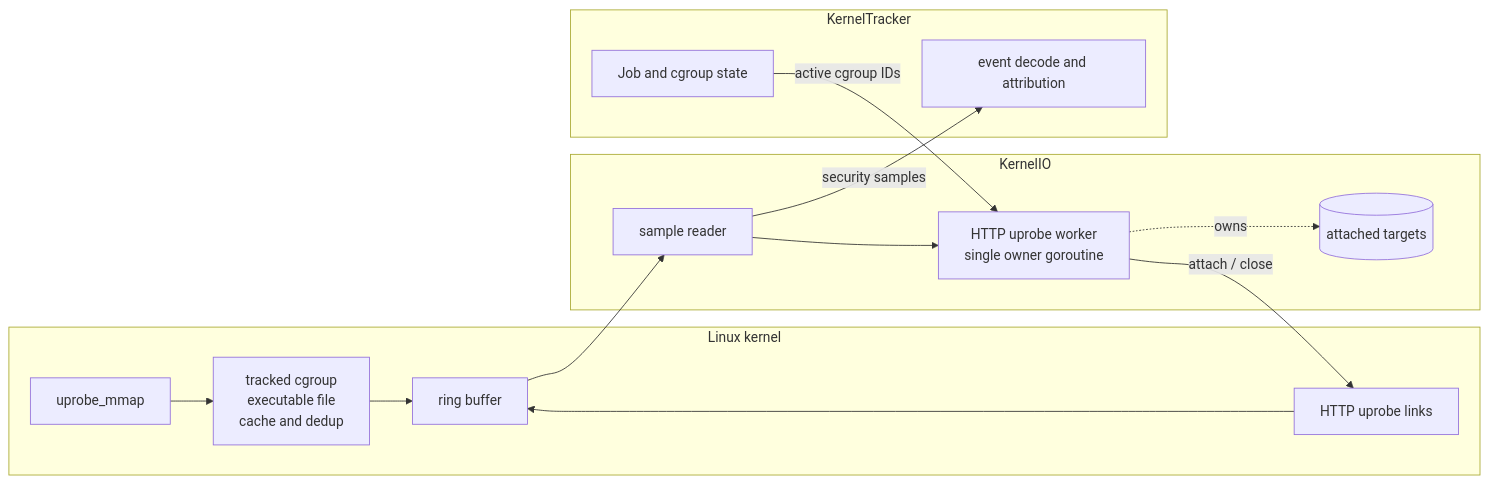
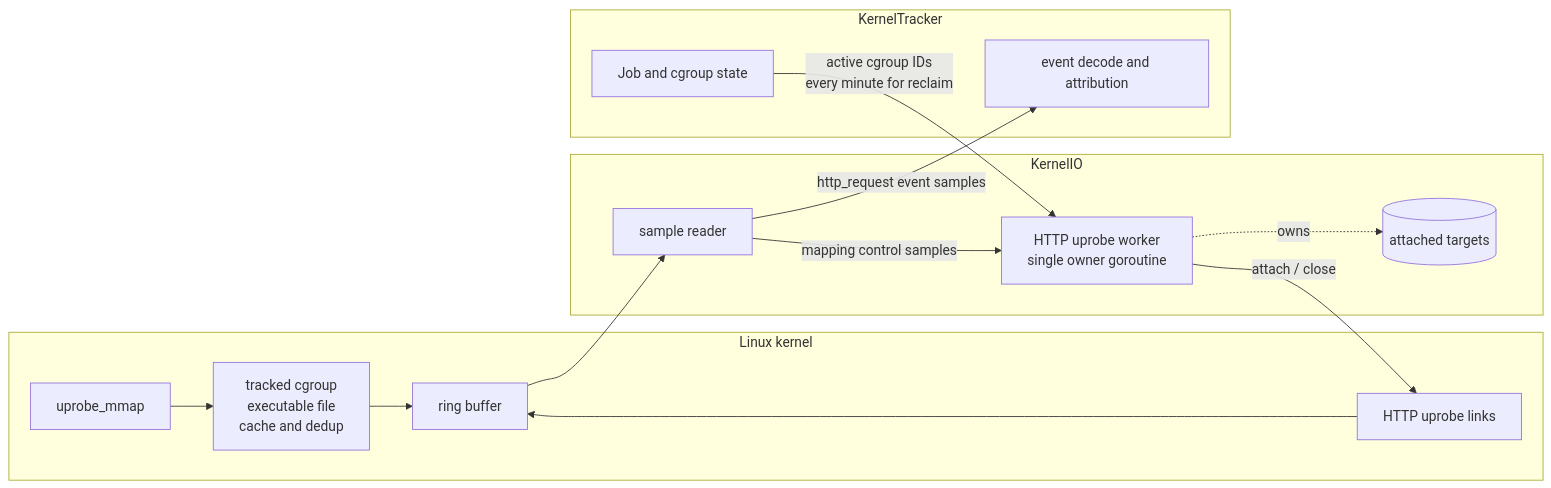
The first of 4 diagrams in docs/developer-guide/ebpf/http-uprobes.md (cicd-sensor/cicd-sensor), drawn with Mermaid before and after one commit. The commit also changed other lines of this file and 13 other files, not shown here.

````diff
--- a/docs/developer-guide/ebpf/http-uprobes.md
+++ b/docs/developer-guide/ebpf/http-uprobes.md
@@ -63,29 +41,29 @@
 ```mermaid
 flowchart LR
     subgraph KERNEL["Linux kernel"]
         MMAP["uprobe_mmap"]
         FILTER["tracked cgroup<br/>executable file<br/>cache and dedup"]
         LINKS["HTTP uprobe links"]
         EVENTS["ring buffer"]
         MMAP --> FILTER --> EVENTS
         LINKS --> EVENTS
     end
 
     subgraph KIO["KernelIO"]
         READER["sample reader"]
         WORKER["HTTP uprobe worker<br/>single owner goroutine"]
         TARGETS[("attached targets")]
-        READER --> WORKER
+        READER -->|"mapping control samples"| WORKER
         WORKER -.->|"owns"| TARGETS
     end
 
     subgraph KT["KernelTracker"]
         CGROUPS["Job and cgroup state"]
         DECODE["event decode and attribution"]
     end
 
     EVENTS --> READER
     WORKER -->|"attach / close"| LINKS
-    CGROUPS -->|"active cgroup IDs"| WORKER
-    READER -->|"security samples"| DECODE
+    CGROUPS -->|"active cgroup IDs<br/>every minute for reclaim"| WORKER
+    READER -->|"http_request event samples"| DECODE
 ```
````
